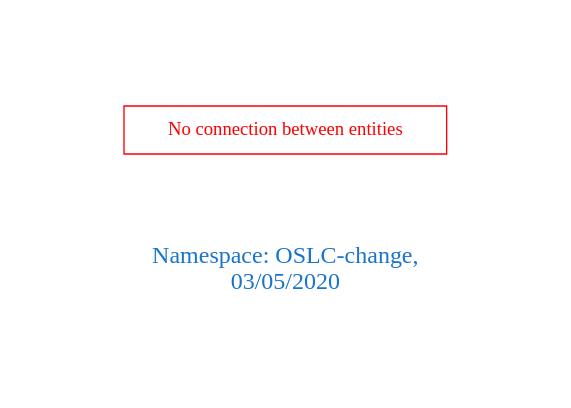
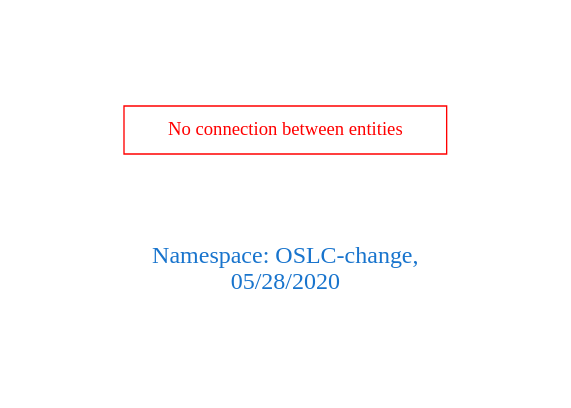
The diagram in downloads/OSLC-change.dot (arago/OGIT), drawn with Graphviz before and after one commit. The commit also changed 1715 other files, not shown here.

```diff
--- a/downloads/OSLC-change.dot
+++ b/downloads/OSLC-change.dot
@@ -1,9 +1,9 @@
 digraph OGIT_ontology {
  graph [ rankdir= LR,pad=1 
 fontsize = 18,
-fontcolor= dodgerblue3,label = "\n\n\nNamespace: OSLC-change, \n 03/05/2020"];
+fontcolor= dodgerblue3,label = "\n\n\nNamespace: OSLC-change, \n 05/28/2020"];
 node[shape=polygon];
 edge [  color="gray81"];
 
 "No connection between entities" [fontcolor = "red",color="red", shape="polygon"]
 }
```
